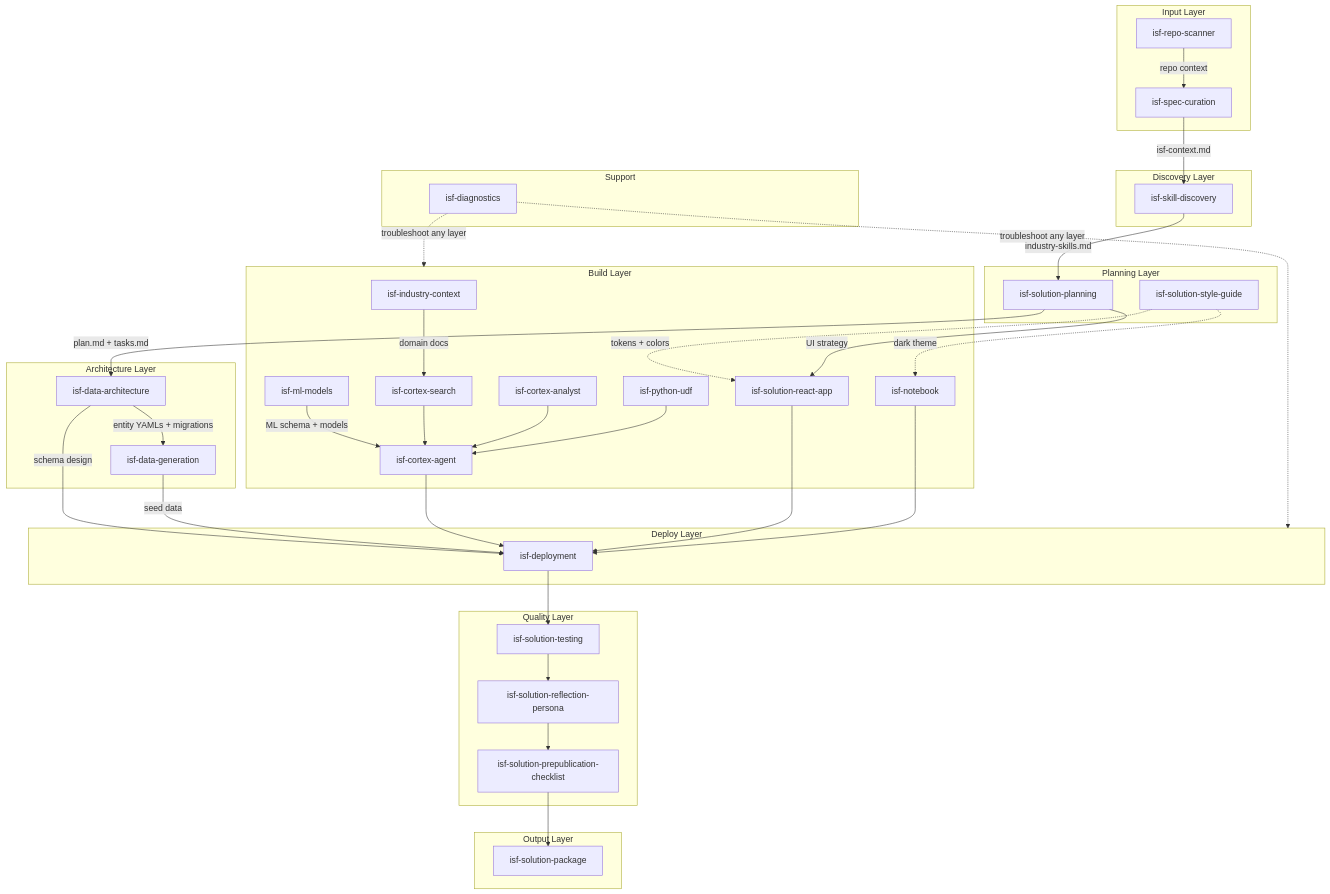
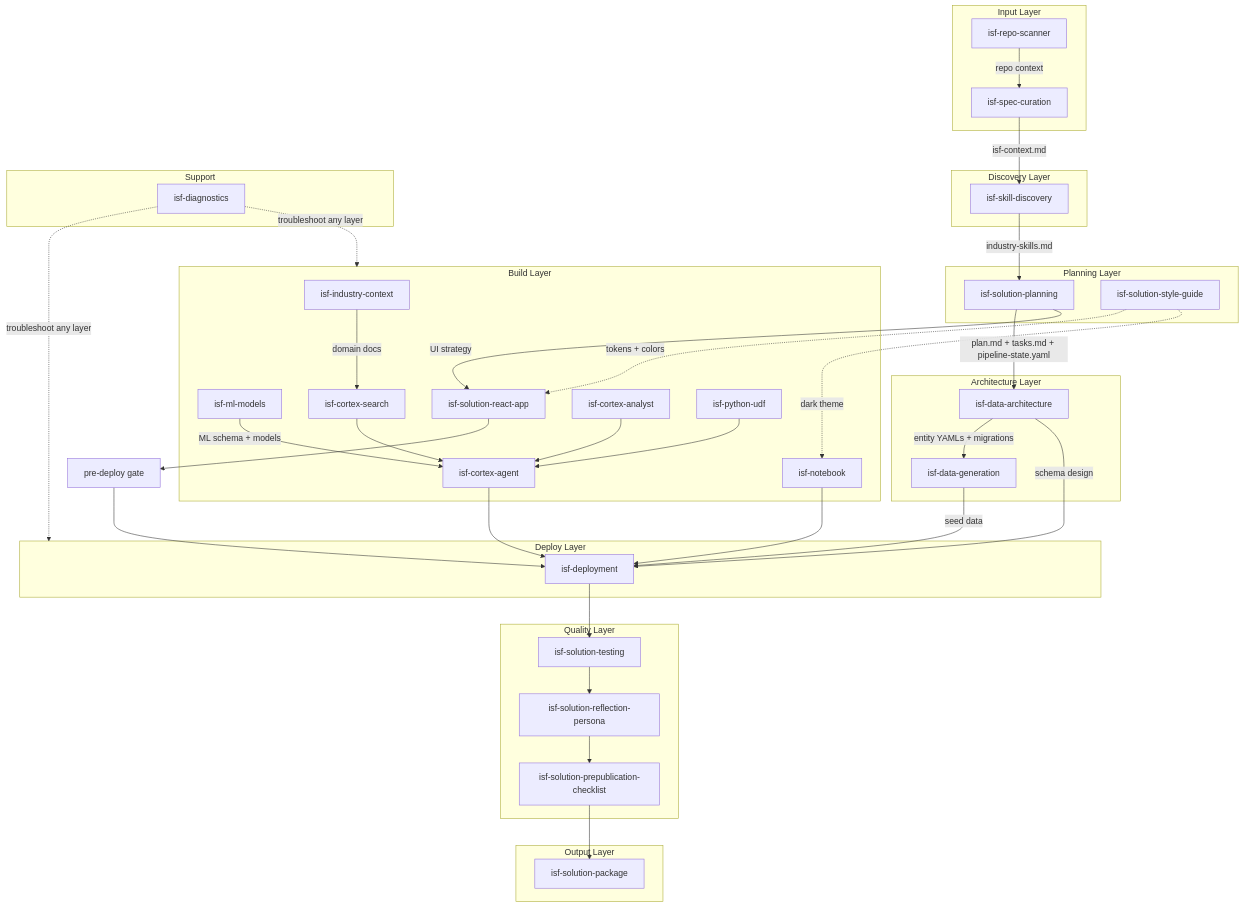
The diagram in isf-skills/isf-skills-docs/STATUS.md (sfc-gh-jurrutia/isf-kit), drawn with Mermaid before and after one commit. The commit also changed other lines of this file and 38 other files, not shown here.

````diff
--- a/isf-skills/isf-skills-docs/STATUS.md
+++ b/isf-skills/isf-skills-docs/STATUS.md
@@ -9,75 +9,76 @@
 ```mermaid
 flowchart TD
   subgraph input [Input Layer]
     SC[isf-spec-curation]
     RS[isf-repo-scanner]
   end
 
   subgraph discovery [Discovery Layer]
     SD[isf-skill-discovery]
   end
 
   subgraph plan [Planning Layer]
     SP[isf-solution-planning]
     SG[isf-solution-style-guide]
   end
 
   subgraph arch [Architecture Layer]
     DA[isf-data-architecture]
     DG[isf-data-generation]
   end
 
   subgraph build [Build Layer]
     IC[isf-industry-context]
     ML[isf-ml-models]
     RA[isf-solution-react-app]
     CA[isf-cortex-agent]
     CS[isf-cortex-search]
     CL[isf-cortex-analyst]
     PU[isf-python-udf]
     NB[isf-notebook]
   end
 
   subgraph deploy [Deploy Layer]
     DP[isf-deployment]
   end
 
   subgraph quality [Quality Layer]
     ST[isf-solution-testing]
     RP[isf-solution-reflection-persona]
     PC[isf-solution-prepublication-checklist]
   end
 
   subgraph output [Output Layer]
     PK[isf-solution-package]
   end
 
   subgraph support [Support]
     DX[isf-diagnostics]
   end
 
   RS -->|"repo context"| SC
   SC -->|"isf-context.md"| SD
   SD -->|"industry-skills.md"| SP
   SG -.->|"tokens + colors"| RA
   SG -.->|"dark theme"| NB
-  SP -->|"plan.md + tasks.md"| DA
+  SP -->|"plan.md + tasks.md + pipeline-state.yaml"| DA
   DA -->|"entity YAMLs + migrations"| DG
   DA -->|"schema design"| DP
   DG -->|"seed data"| DP
   SP -->|"UI strategy"| RA
   CA --> DP
   IC -->|"domain docs"| CS
   ML -->|"ML schema + models"| CA
   CS --> CA
   CL --> CA
   PU --> CA
-  RA --> DP
+  RA --> gate
+  gate[pre-deploy gate] --> DP
   NB --> DP
   DP --> ST
   ST --> RP
   RP --> PC
   PC --> PK
   DX -.->|"troubleshoot any layer"| deploy
   DX -.->|"troubleshoot any layer"| build
 ```
````
